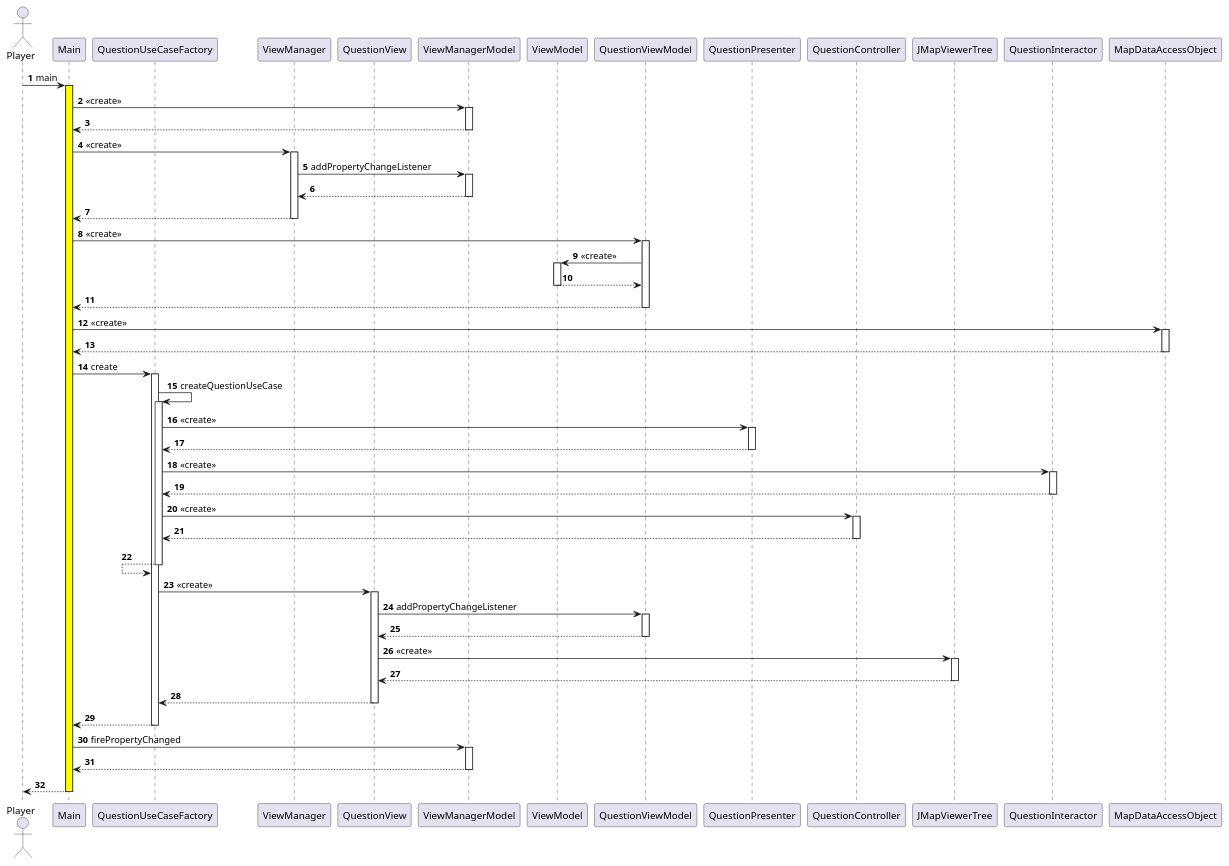
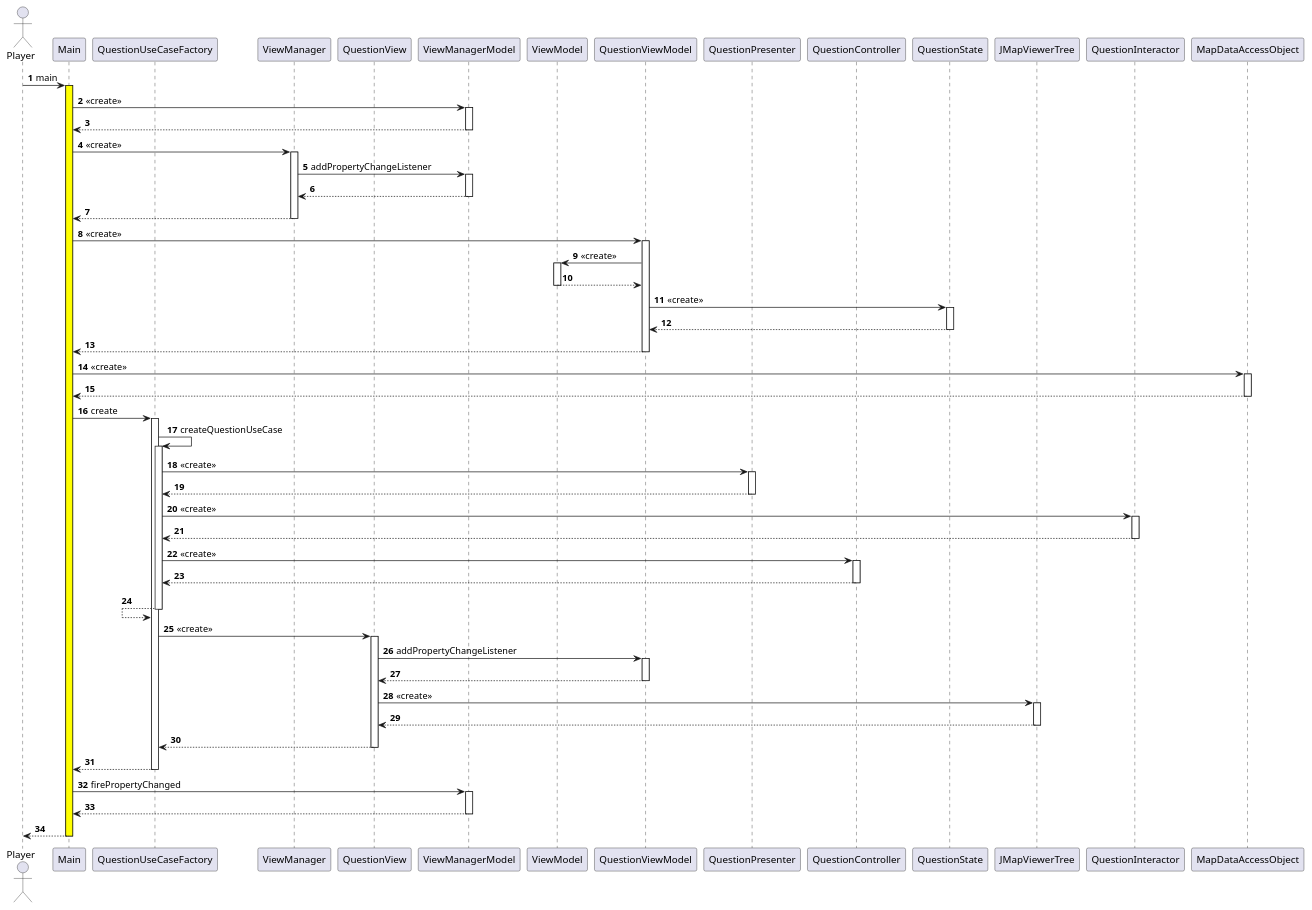
The diagram in sequence_diagram.puml (lifers/AtlasAdventures), drawn with PlantUML before and after one commit.

Commit message:
add QuestionState

```diff
--- a/sequence_diagram.puml
+++ b/sequence_diagram.puml
@@ -1,129 +1,136 @@
 @startuml
 'https://plantuml.com/sequence-diagram
 
 autonumber
 
 'Outside
 actor Player
 
 'App
 participant Main
 participant QuestionUseCaseFactory
 
 'View
 participant ViewManager
 participant QuestionView
 
 'Interface Adapters (General)
 participant ViewManagerModel
 participant ViewModel
 
 'Interface Adapters (Question)
 participant QuestionViewModel
 participant QuestionPresenter
 participant QuestionController
+participant QuestionState
 participant JMapViewerTree
 
 'Use Case
 participant QuestionInteractor
 
 'Data Access
 participant MapDataAccessObject
 
 Player -> Main: main
 activate Main #yellow
 
 Main -> ViewManagerModel: <<create>>
 activate ViewManagerModel
 
 Main <-- ViewManagerModel
 deactivate ViewManagerModel
 
 Main -> ViewManager: <<create>>
 activate ViewManager
 
 ViewManager -> ViewManagerModel: addPropertyChangeListener
 activate ViewManagerModel
 
 ViewManager <-- ViewManagerModel
 deactivate ViewManagerModel
 
 Main <-- ViewManager
 deactivate ViewManager
 
 Main -> QuestionViewModel: <<create>>
 activate QuestionViewModel
 
 QuestionViewModel -> ViewModel: <<create>>
 activate ViewModel
 
 QuestionViewModel <-- ViewModel
 deactivate ViewModel
+
+QuestionViewModel -> QuestionState: <<create>>
+activate QuestionState
+
+QuestionViewModel <-- QuestionState
+deactivate QuestionState
 
 Main <-- QuestionViewModel
 deactivate QuestionViewModel
 
 Main -> MapDataAccessObject: <<create>>
 activate MapDataAccessObject
 
 Main <-- MapDataAccessObject
 deactivate MapDataAccessObject
 
 Main -> QuestionUseCaseFactory: create
 activate QuestionUseCaseFactory
 
 QuestionUseCaseFactory -> QuestionUseCaseFactory: createQuestionUseCase
 activate QuestionUseCaseFactory
 
 QuestionUseCaseFactory -> QuestionPresenter: <<create>>
 activate QuestionPresenter
 
 QuestionUseCaseFactory <-- QuestionPresenter
 deactivate QuestionPresenter
 
 QuestionUseCaseFactory -> QuestionInteractor: <<create>>
 activate QuestionInteractor
 
 QuestionUseCaseFactory <-- QuestionInteractor
 deactivate QuestionInteractor
 
 QuestionUseCaseFactory -> QuestionController: <<create>>
 activate QuestionController
 
 QuestionUseCaseFactory <-- QuestionController
 deactivate QuestionController
 
 QuestionUseCaseFactory <-- QuestionUseCaseFactory
 deactivate QuestionUseCaseFactory
 
 QuestionUseCaseFactory -> QuestionView: <<create>>
 activate QuestionView
 
 QuestionView -> QuestionViewModel: addPropertyChangeListener
 activate QuestionViewModel
 
 QuestionView <-- QuestionViewModel
 deactivate QuestionViewModel
 
 QuestionView -> JMapViewerTree: <<create>>
 activate JMapViewerTree
 
 QuestionView <-- JMapViewerTree
 deactivate JMapViewerTree
 
 QuestionUseCaseFactory <-- QuestionView
 deactivate QuestionView
 
 Main <-- QuestionUseCaseFactory
 deactivate QuestionUseCaseFactory
 
 Main -> ViewManagerModel: firePropertyChanged
 activate ViewManagerModel
 
 Main <-- ViewManagerModel
 deactivate ViewManagerModel
 
 Player <-- Main
 deactivate Main
 
 @enduml
```
